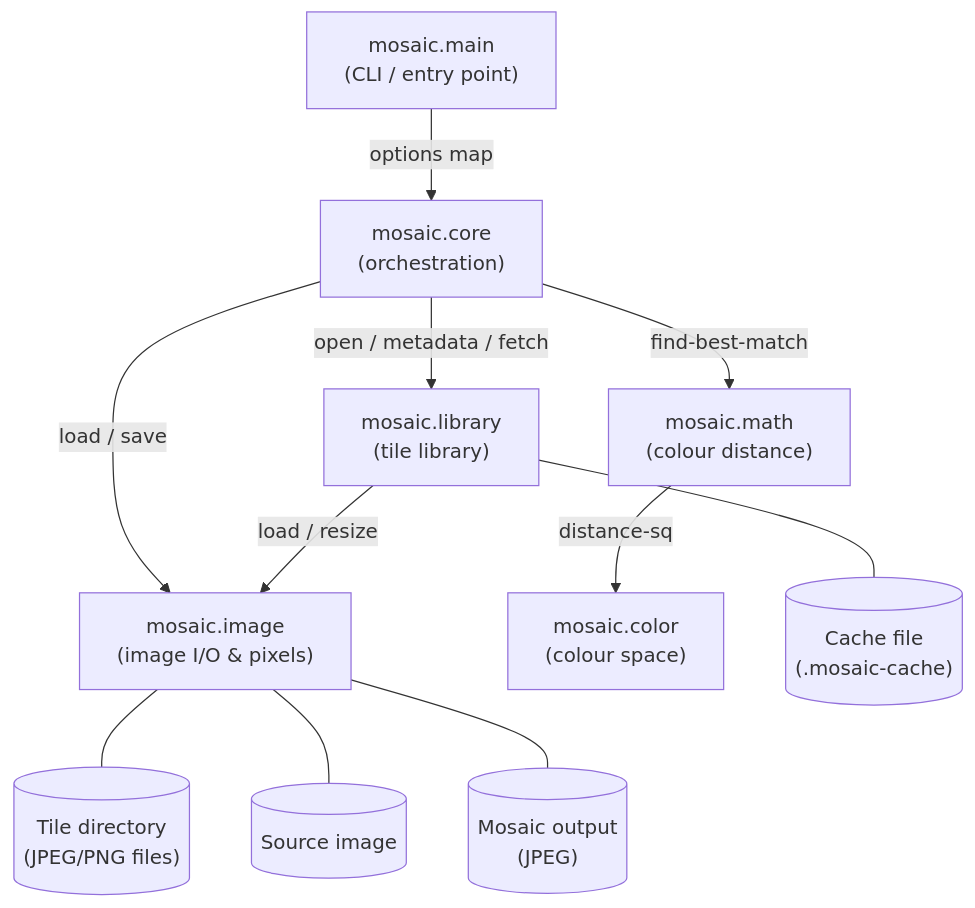
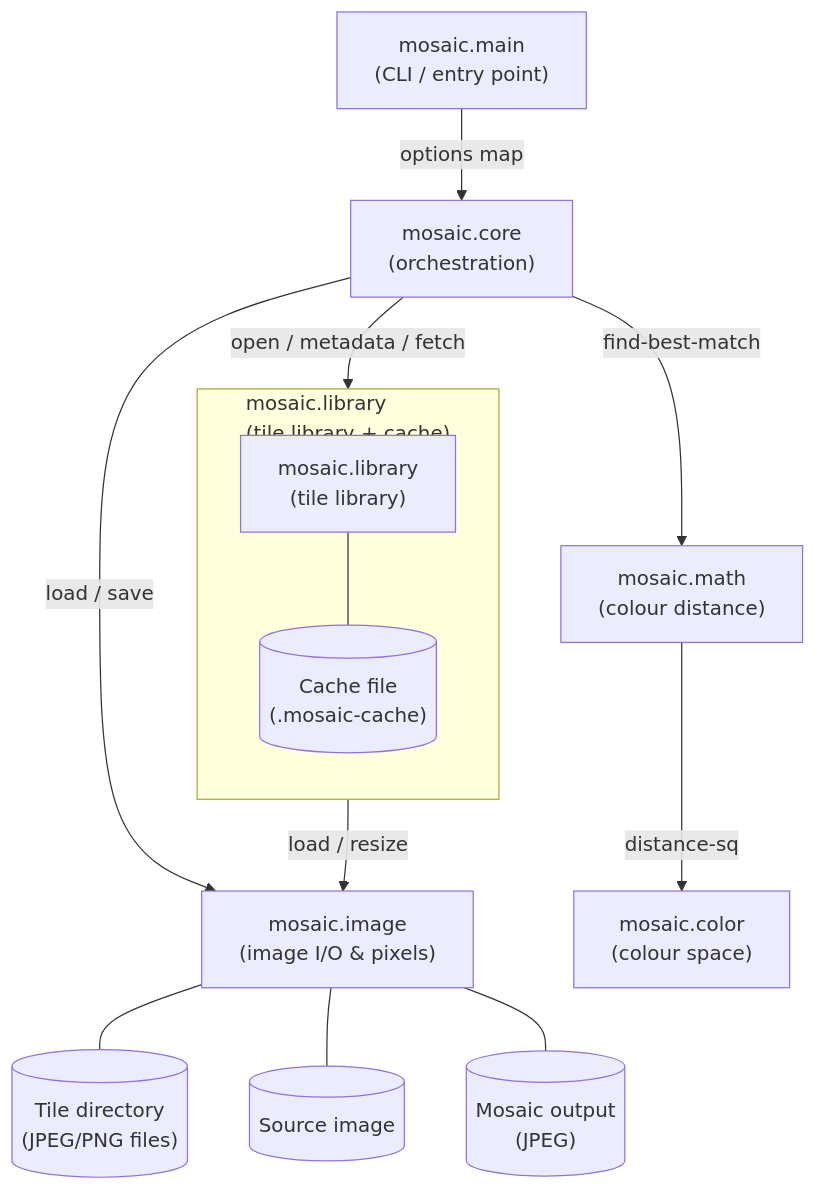
Before and after one commit to frankhjung/clojure-mosaic: the first of 2 diagrams in doc/architecture.md, drawn with Mermaid. The commit also changed other lines of this file, not shown here.

Commit message:
refactor: improve architecture documentation by clarifying tile library and cache relationships

````diff
--- a/doc/architecture.md
+++ b/doc/architecture.md
@@ -23,25 +23,29 @@
 ```mermaid
 graph TD
     CLI["mosaic.main\n(CLI / entry point)"]
     CORE["mosaic.core\n(orchestration)"]
-    LIB["mosaic.library\n(tile library)"]
     IMAGE["mosaic.image\n(image I/O & pixels)"]
     MATH["mosaic.math\n(colour distance)"]
     COLOR["mosaic.color\n(colour space)"]
 
     TILEDIR[("Tile directory\n(JPEG/PNG files)")]
-    CACHEFILE[("Cache file\n(.mosaic-cache)")]
     SRCIMG[("Source image")]
     OUTIMG[("Mosaic output\n(JPEG)")]
+
+    subgraph LIB_GROUP["mosaic.library\n(tile library + cache)"]
+        direction TB
+        LIB["mosaic.library\n(tile library)"]
+        CACHEFILE[("Cache file\n(.mosaic-cache)")]
+        LIB --- CACHEFILE
+    end
 
     CLI -->|"options map"| CORE
     CORE -->|"open / metadata / fetch"| LIB
     CORE -->|"load / save"| IMAGE
     CORE -->|"find-best-match"| MATH
     LIB -->|"load / resize"| IMAGE
-    LIB --- CACHEFILE
     MATH -->|"distance-sq"| COLOR
     IMAGE --- TILEDIR
     IMAGE --- SRCIMG
     IMAGE --- OUTIMG
 ```
````
